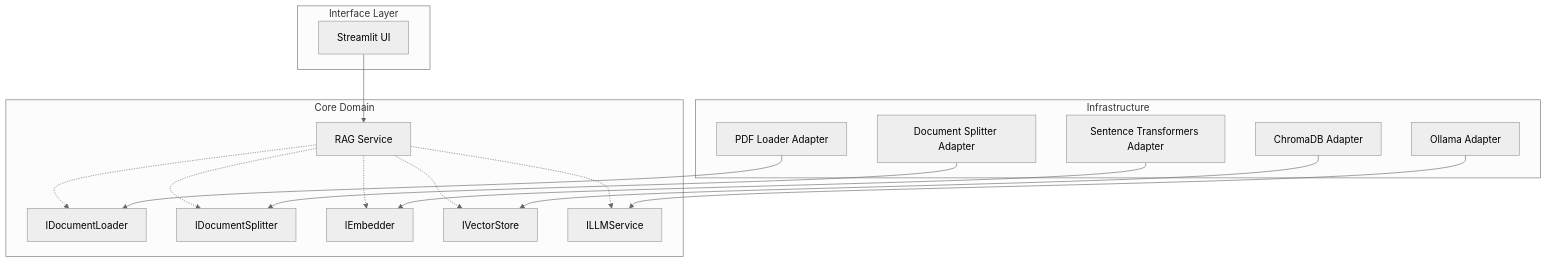
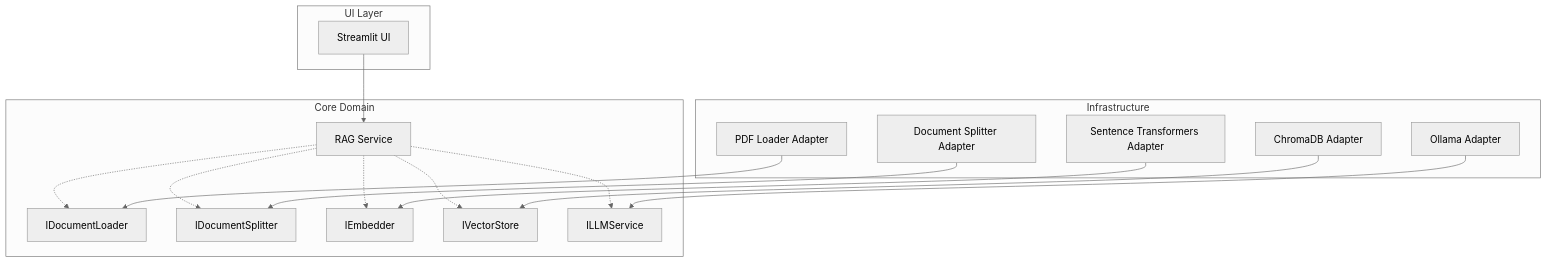
The diagram in README.md (salma-elanigri/esg-rag-analyzer), drawn with Mermaid (neutral theme) before and after one commit.

Commit message:
readme update

````diff
--- a/README.md
+++ b/README.md
@@ -21,38 +21,38 @@
 ```mermaid
 graph TD
 
-    subgraph Interface Layer
+    subgraph UI Layer
         UI[Streamlit UI]
     end
 
     subgraph Core Domain
         Service[RAG Service]
         Port1[IDocumentLoader]
         Port2[IDocumentSplitter]
         Port3[IEmbedder]
         Port4[IVectorStore]
         Port5[ILLMService]
     end
 
     subgraph Infrastructure
         Loader[PDF Loader Adapter]
         Splitter[Document Splitter Adapter]
         Embedder[Sentence Transformers Adapter]
         Store[ChromaDB Adapter]
         LLM[Ollama Adapter]
     end
 
     UI --> Service
 
     Service -.-> Port1
     Service -.-> Port2
     Service -.-> Port3
     Service -.-> Port4
     Service -.-> Port5
 
     Loader --> Port1
     Splitter --> Port2
     Embedder --> Port3
     Store --> Port4
     LLM --> Port5
 ```
````
